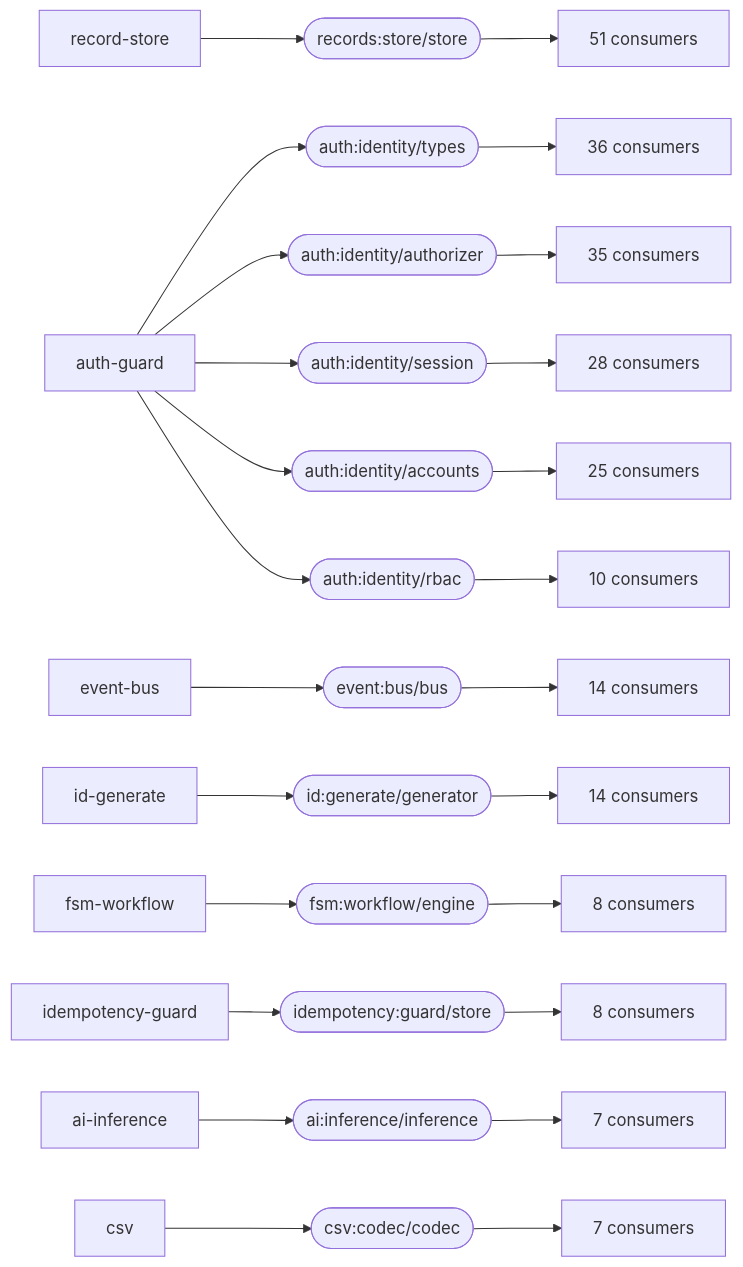
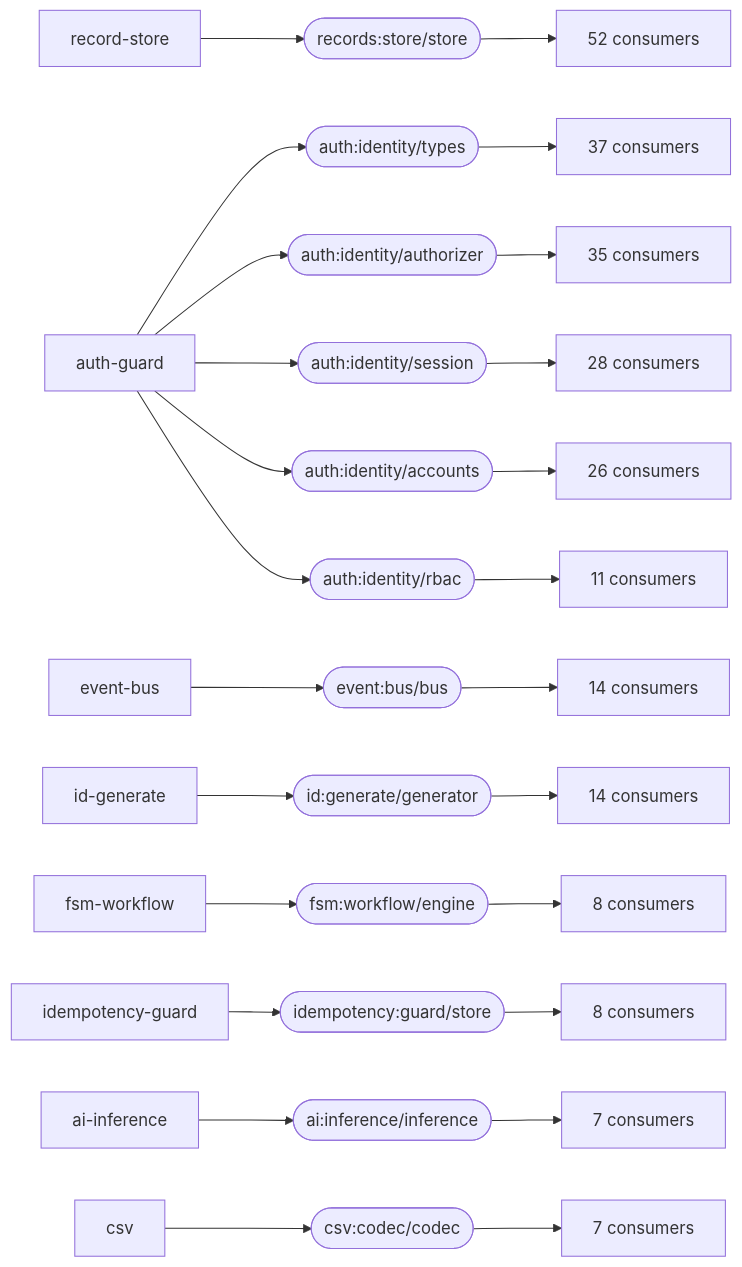
One commit to markkovari/holon changed the first of 2 diagrams in docs/CAPABILITY-GRAPH.md. Above: the diagram before and after it, drawn with Mermaid. The commit also changed other lines of this file and 2 other files, not shown here.

Commit message:
chore: regenerate the catalogue and graph for events-domain

````diff
--- a/docs/CAPABILITY-GRAPH.md
+++ b/docs/CAPABILITY-GRAPH.md
@@ -123,39 +123,39 @@
 ```mermaid
 graph LR
   records_store_store(["records:store/store"])
   record_store[record-store] --> records_store_store
-  records_store_store --> many_records_store_store["51 consumers"]
+  records_store_store --> many_records_store_store["52 consumers"]
   auth_identity_types(["auth:identity/types"])
   auth_guard[auth-guard] --> auth_identity_types
-  auth_identity_types --> many_auth_identity_types["36 consumers"]
+  auth_identity_types --> many_auth_identity_types["37 consumers"]
   auth_identity_authorizer(["auth:identity/authorizer"])
   auth_guard[auth-guard] --> auth_identity_authorizer
   auth_identity_authorizer --> many_auth_identity_authorizer["35 consumers"]
   auth_identity_session(["auth:identity/session"])
   auth_guard[auth-guard] --> auth_identity_session
   auth_identity_session --> many_auth_identity_session["28 consumers"]
   auth_identity_accounts(["auth:identity/accounts"])
   auth_guard[auth-guard] --> auth_identity_accounts
-  auth_identity_accounts --> many_auth_identity_accounts["25 consumers"]
+  auth_identity_accounts --> many_auth_identity_accounts["26 consumers"]
   event_bus_bus(["event:bus/bus"])
   event_bus[event-bus] --> event_bus_bus
   event_bus_bus --> many_event_bus_bus["14 consumers"]
   id_generate_generator(["id:generate/generator"])
   id_generate[id-generate] --> id_generate_generator
   id_generate_generator --> many_id_generate_generator["14 consumers"]
   auth_identity_rbac(["auth:identity/rbac"])
   auth_guard[auth-guard] --> auth_identity_rbac
-  auth_identity_rbac --> many_auth_identity_rbac["10 consumers"]
+  auth_identity_rbac --> many_auth_identity_rbac["11 consumers"]
   fsm_workflow_engine(["fsm:workflow/engine"])
   fsm_workflow[fsm-workflow] --> fsm_workflow_engine
   fsm_workflow_engine --> many_fsm_workflow_engine["8 consumers"]
   idempotency_guard_store(["idempotency:guard/store"])
   idempotency_guard[idempotency-guard] --> idempotency_guard_store
   idempotency_guard_store --> many_idempotency_guard_store["8 consumers"]
   ai_inference_inference(["ai:inference/inference"])
   ai_inference[ai-inference] --> ai_inference_inference
   ai_inference_inference --> many_ai_inference_inference["7 consumers"]
   csv_codec_codec(["csv:codec/codec"])
   csv[csv] --> csv_codec_codec
   csv_codec_codec --> many_csv_codec_codec["7 consumers"]
 ```
````
